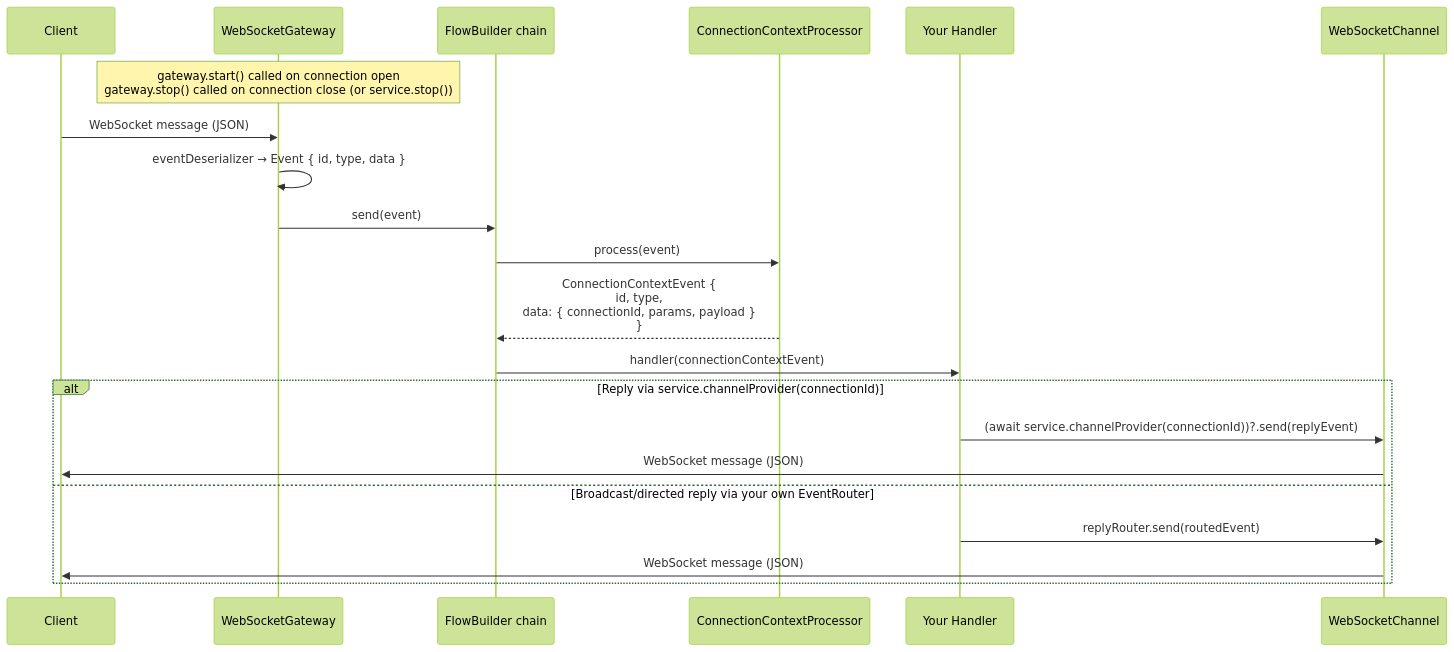
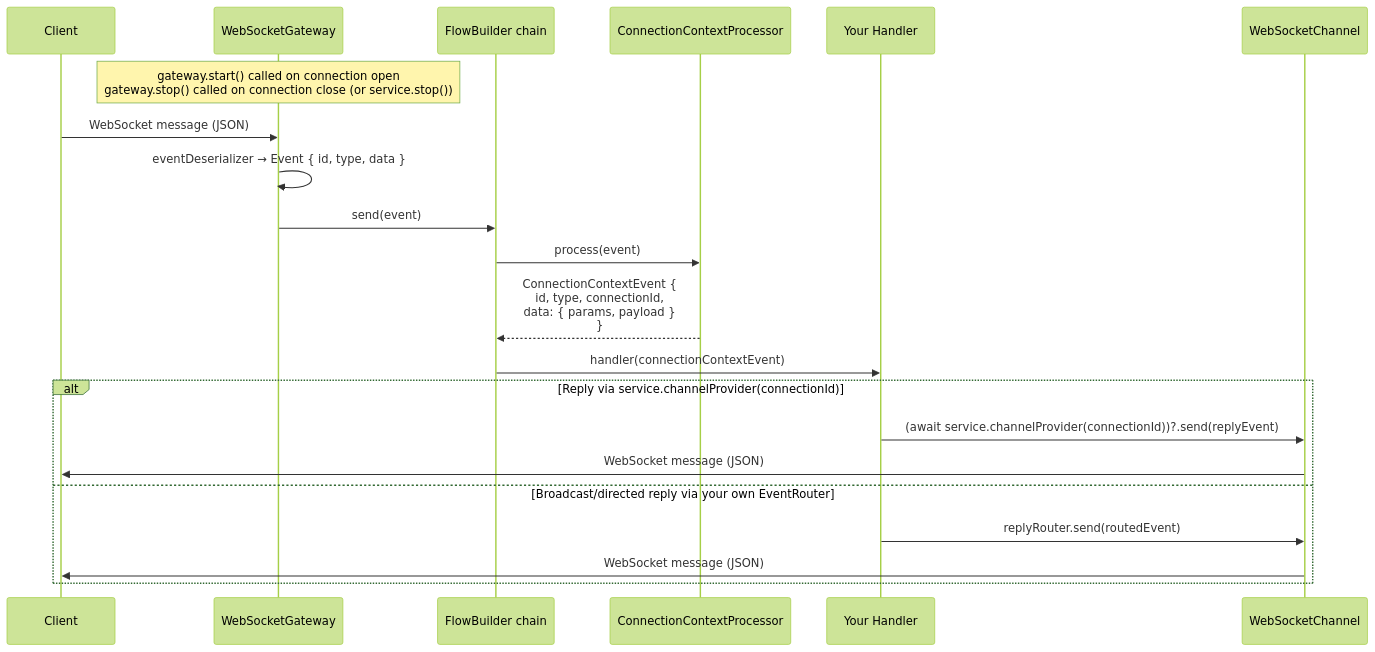
Before and after one commit to sektek/synaptik-express: the third of 4 diagrams in docs/web-socket.md, drawn with Mermaid (forest theme). The commit also changed other lines of this file and 3 other files, not shown here.

First line of the commit message:
refactor: move connectionId to event headers, build via EventBuilder

````diff
--- a/docs/web-socket.md
+++ b/docs/web-socket.md
@@ -141,28 +141,28 @@
 ```mermaid
 sequenceDiagram
     participant Client
     participant Gateway as WebSocketGateway
     participant Flow as FlowBuilder chain
     participant Processor as ConnectionContextProcessor
     participant Handler as Your Handler
     participant Channel as WebSocketChannel
 
     Note over Gateway: gateway.start() called on connection open<br/>gateway.stop() called on connection close (or service.stop())
 
     Client->>Gateway: WebSocket message (JSON)
     Gateway->>Gateway: eventDeserializer → Event { id, type, data }
     Gateway->>Flow: send(event)
 
     Flow->>Processor: process(event)
-    Processor-->>Flow: ConnectionContextEvent {<br/>  id, type,<br/>  data: { connectionId, params, payload }<br/>}
+    Processor-->>Flow: ConnectionContextEvent {<br/>  id, type, connectionId,<br/>  data: { params, payload }<br/>}
 
     Flow->>Handler: handler(connectionContextEvent)
 
     alt Reply via service.channelProvider(connectionId)
         Handler->>Channel: (await service.channelProvider(connectionId))?.send(replyEvent)
         Channel->>Client: WebSocket message (JSON)
     else Broadcast/directed reply via your own EventRouter
         Handler->>Channel: replyRouter.send(routedEvent)
         Channel->>Client: WebSocket message (JSON)
     end
 ```
````
